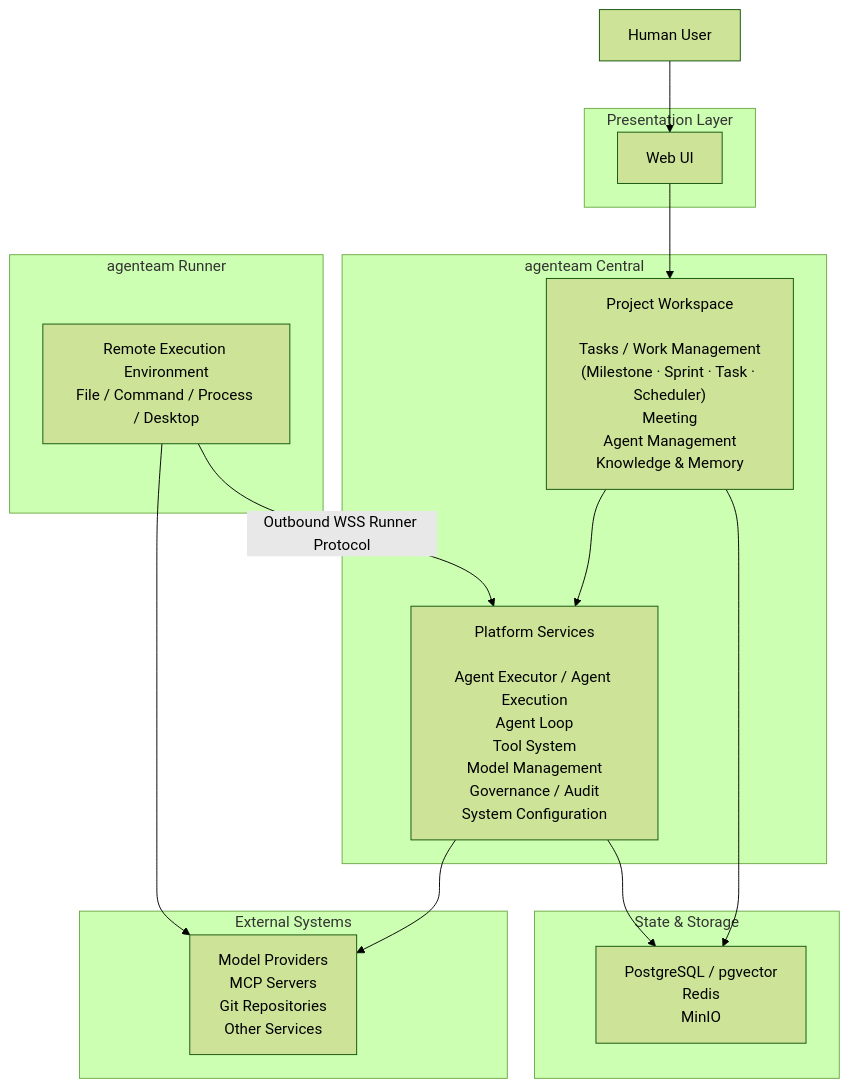
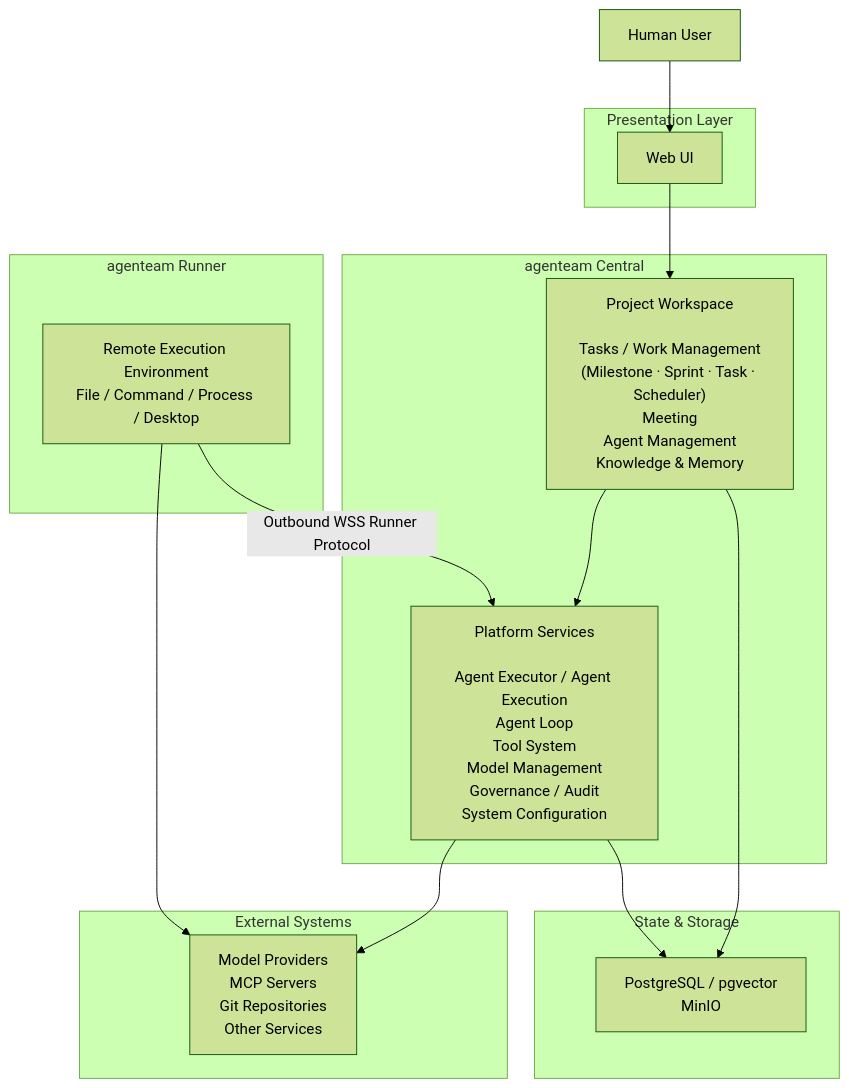
The diagram in docs/architecture/README.md (LunaDeerTech/agenteam), drawn with Mermaid (forest theme) before and after one commit. The commit also changed other lines of this file and 25 other files, not shown here.

Commit message:
docs: refine platform infrastructure architecture

````diff
--- a/docs/architecture/README.md
+++ b/docs/architecture/README.md
@@ -67,39 +67,39 @@
 ```mermaid
 flowchart TB
     Human["Human User"]
 
     subgraph UI["Presentation Layer"]
         Web["Web UI"]
     end
 
     subgraph Central["agenteam Central"]
         Workspace["Project Workspace<br/><br/>Tasks / Work Management<br/>(Milestone · Sprint · Task · Scheduler)<br/>Meeting<br/>Agent Management<br/>Knowledge & Memory"]
 
         Platform["Platform Services<br/><br/>Agent Executor / Agent Execution<br/>Agent Loop<br/>Tool System<br/>Model Management<br/>Governance / Audit<br/>System Configuration"]
 
         Workspace --> Platform
     end
 
     subgraph DATA["State & Storage"]
-        Storage["PostgreSQL / pgvector<br/>Redis<br/>MinIO"]
+        Storage["PostgreSQL / pgvector<br/>MinIO"]
     end
 
     subgraph RUNNER["agenteam Runner"]
         Runner["Remote Execution Environment<br/>File / Command / Process / Desktop"]
     end
 
     subgraph EXT["External Systems"]
         External["Model Providers<br/>MCP Servers<br/>Git Repositories<br/>Other Services"]
     end
 
     Human --> Web
     Web --> Workspace
 
     Workspace --> Storage
     Platform --> Storage
 
     Runner -->|"Outbound WSS Runner Protocol"| Platform
 
     Platform --> External
     Runner --> External
 ```
````
